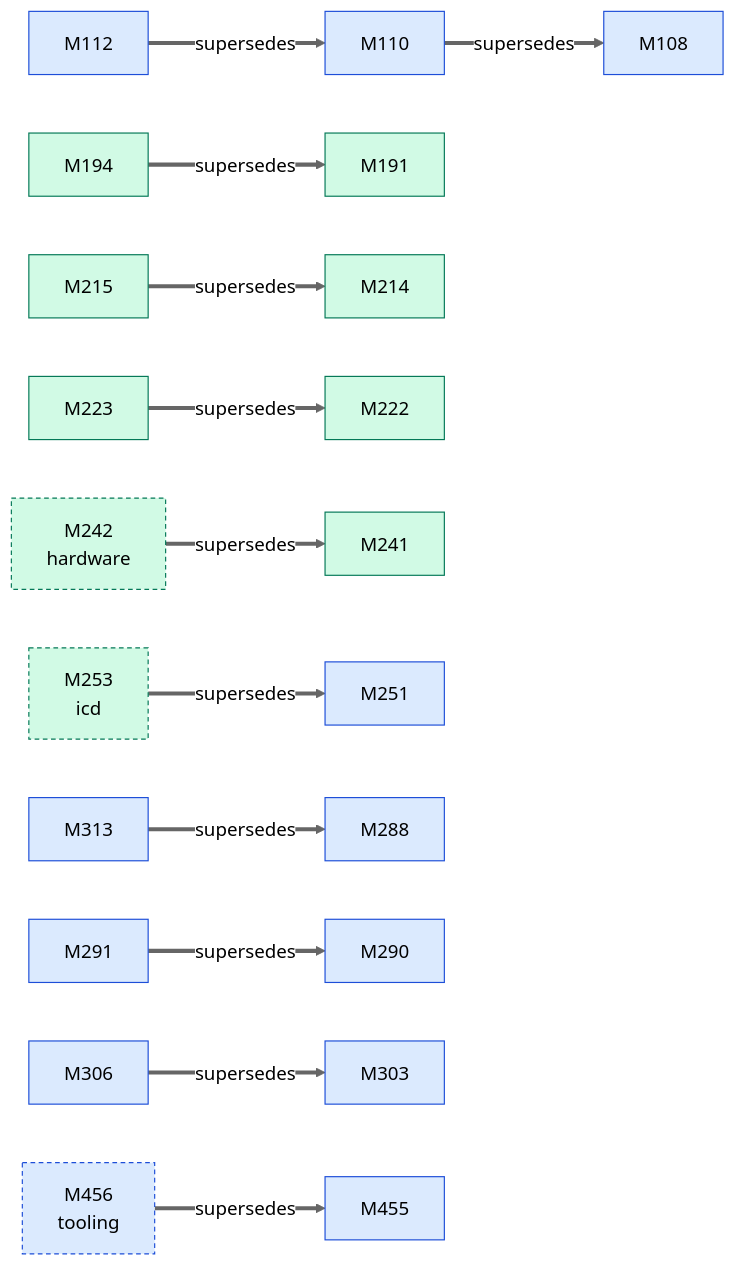
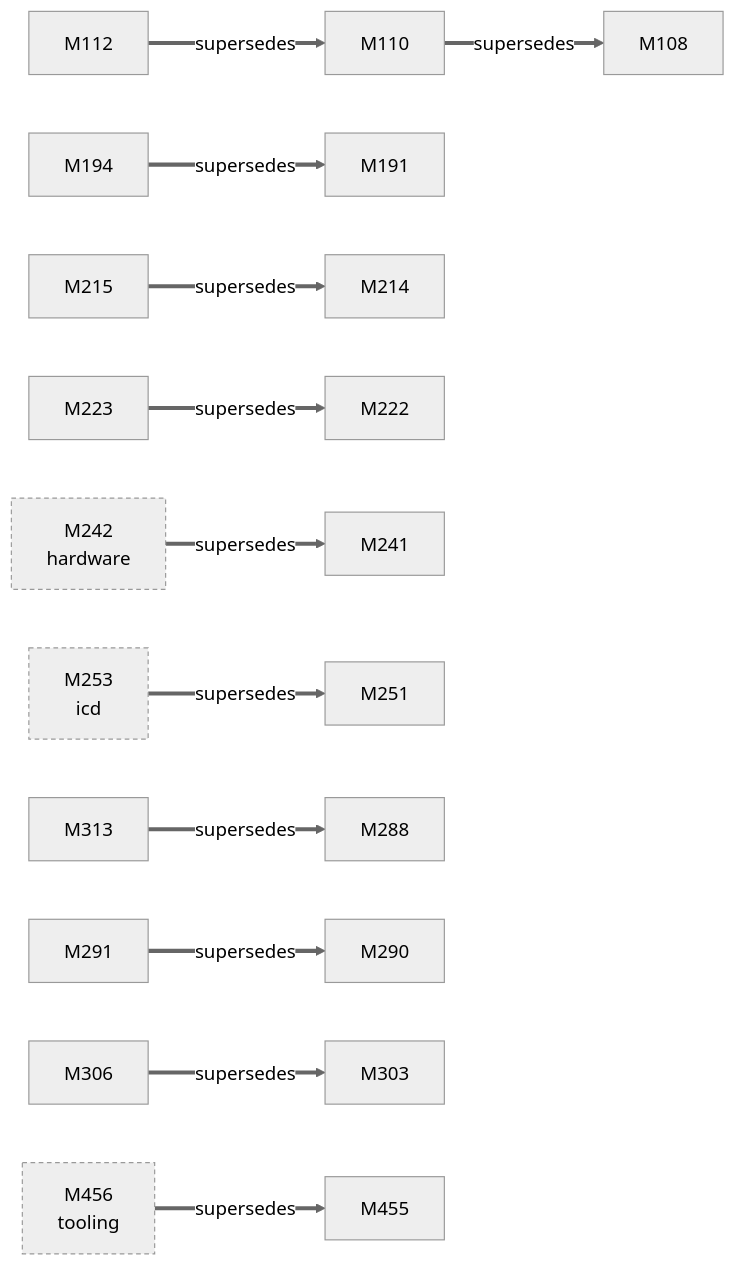
Before and after one commit to D-Ogi/amdgpu-wddm: the first of 3 diagrams in docs/facts/graphs/kmd.md, drawn with Mermaid (neutral theme). The commit also changed other lines of this file and 9 other files, not shown here.

First line of the commit message:
docs/facts: plain graph nodes, no status colouring

````diff
--- a/docs/facts/graphs/kmd.md
+++ b/docs/facts/graphs/kmd.md
@@ -9,41 +9,37 @@
 ```mermaid
 flowchart LR
-  M108["M108"]:::MEASURED
-  M110["M110"]:::MEASURED
-  M112["M112"]:::MEASURED
-  M191["M191"]:::CONFIRMED
-  M194["M194"]:::CONFIRMED
-  M214["M214"]:::CONFIRMED
-  M215["M215"]:::CONFIRMED
-  M222["M222"]:::CONFIRMED
-  M223["M223"]:::CONFIRMED
-  M241["M241"]:::CONFIRMED
-  M242["M242<br/>hardware"]:::CONFIRMED
-  M251["M251"]:::MEASURED
-  M253["M253<br/>icd"]:::CONFIRMED
-  M288["M288"]:::MEASURED
-  M290["M290"]:::MEASURED
-  M291["M291"]:::MEASURED
-  M303["M303"]:::MEASURED
-  M306["M306"]:::MEASURED
-  M313["M313"]:::MEASURED
-  M455["M455"]:::MEASURED
-  M456["M456<br/>tooling"]:::MEASURED
+  M108["M108"]
+  M110["M110"]
+  M112["M112"]
+  M191["M191"]
+  M194["M194"]
+  M214["M214"]
+  M215["M215"]
+  M222["M222"]
+  M223["M223"]
+  M241["M241"]
+  M242["M242<br/>hardware"]
+  M251["M251"]
+  M253["M253<br/>icd"]
+  M288["M288"]
+  M290["M290"]
+  M291["M291"]
+  M303["M303"]
+  M306["M306"]
+  M313["M313"]
+  M455["M455"]
+  M456["M456<br/>tooling"]
   M242 ==>|supersedes| M241
   M110 ==>|supersedes| M108
   M112 ==>|supersedes| M110
   M194 ==>|supersedes| M191
   M215 ==>|supersedes| M214
   M223 ==>|supersedes| M222
   M291 ==>|supersedes| M290
   M306 ==>|supersedes| M303
   M313 ==>|supersedes| M288
   M253 ==>|supersedes| M251
   M456 ==>|supersedes| M455
-  classDef HYPOTHESIS fill:#fff3c4,stroke:#9a7b00,color:#000
-  classDef MEASURED fill:#dbeafe,stroke:#1d4ed8,color:#000
-  classDef CONFIRMED fill:#d1fae5,stroke:#047857,color:#000
-  classDef REFUTED fill:#fee2e2,stroke:#b91c1c,color:#000
   classDef other stroke-dasharray:4 3
   class M242,M253,M456 other
 ```
````
